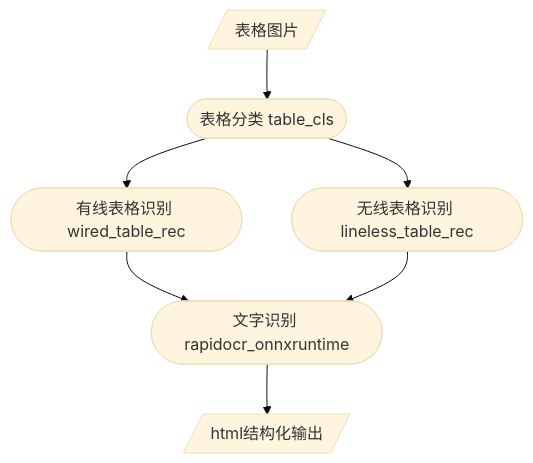
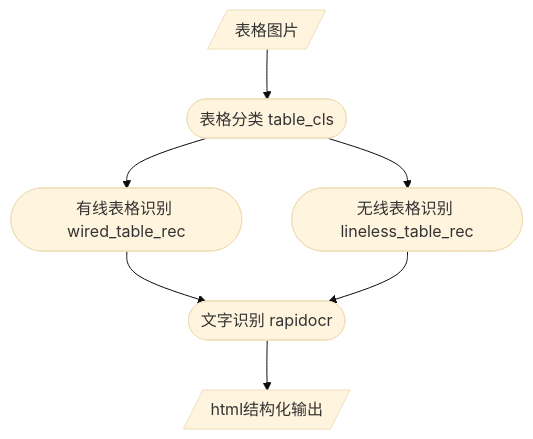
One commit to RapidAI/TableStructureRec changed the diagram in README.md. Above: the diagram before and after it, drawn with Mermaid (base theme). The commit also changed other lines of this file and 11 other files, not shown here.

````diff
--- a/README.md
+++ b/README.md
@@ -268,6 +285,6 @@
 ```mermaid
 flowchart TD
     A[/表格图片/] --> B([表格分类 table_cls])
-    B --> C([有线表格识别 wired_table_rec]) & D([无线表格识别 lineless_table_rec]) --> E([文字识别 rapidocr_onnxruntime])
+    B --> C([有线表格识别 wired_table_rec]) & D([无线表格识别 lineless_table_rec]) --> E([文字识别 rapidocr])
     E --> F[/html结构化输出/]
 ```
````
